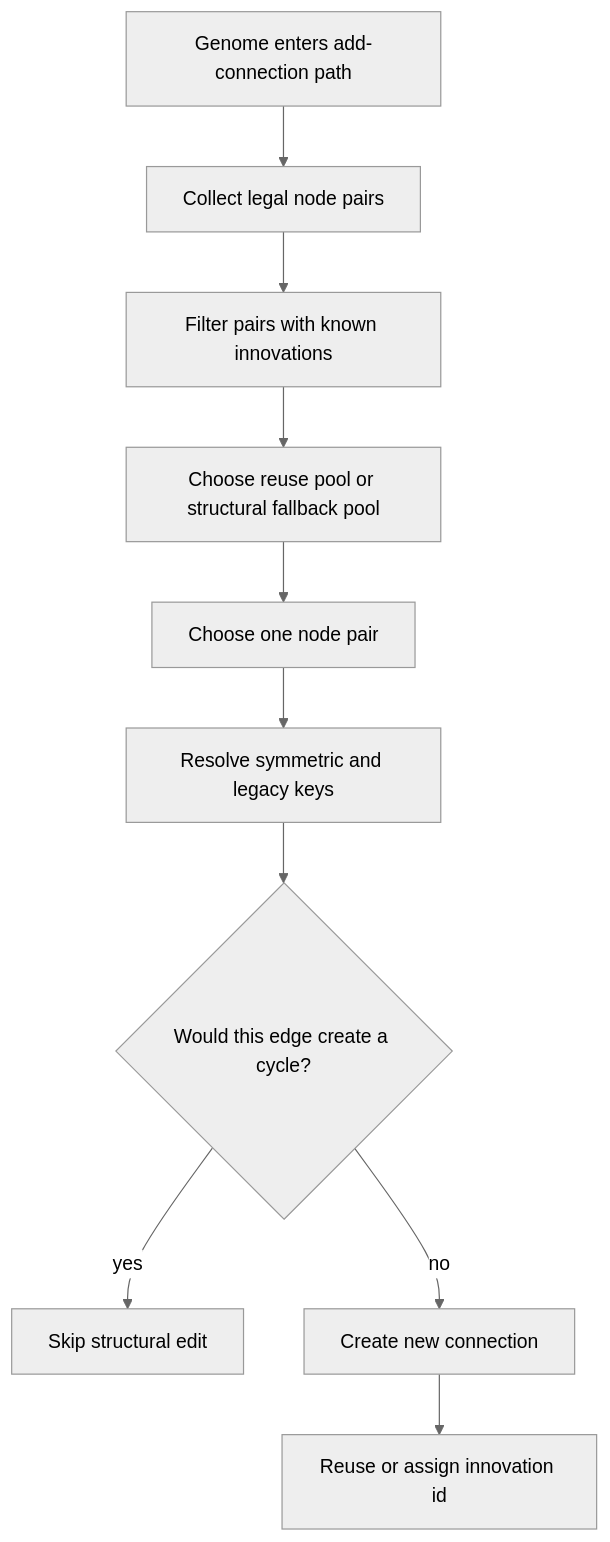
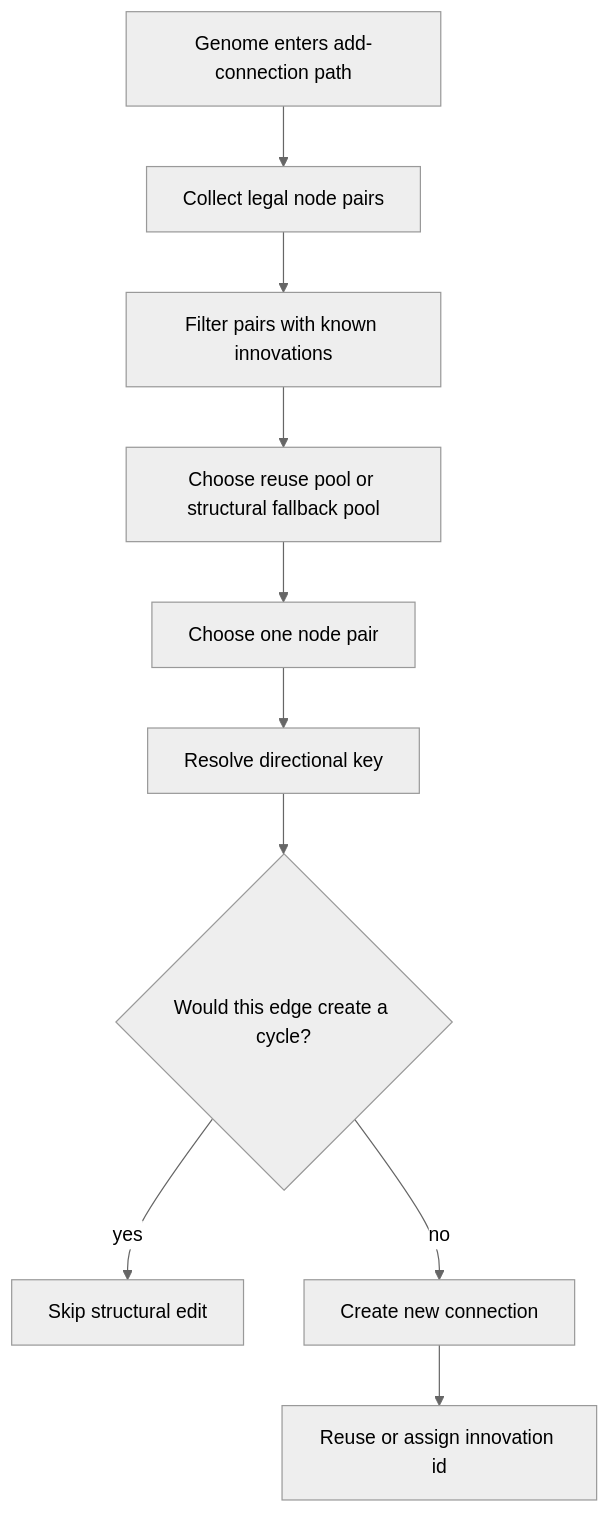
Before and after one commit to reicek/NeatapticTS: the diagram in src/neat/mutation/add-conn/README.md, drawn with Mermaid (neutral theme). The commit also changed other lines of this file and 877 other files, not shown here.

Commit message:
NEAT & Preconfigured Architectures MLP LSTM GRU NARX (#39)

````diff
--- a/src/neat/mutation/add-conn/README.md
+++ b/src/neat/mutation/add-conn/README.md
@@ -26,12 +26,12 @@
 ```mermaid
 flowchart TD
   Genome[Genome enters add-connection path] --> Candidates[Collect legal node pairs]
   Candidates --> Reuse[Filter pairs with known innovations]
   Reuse --> Pool[Choose reuse pool or structural fallback pool]
   Pool --> Pair[Choose one node pair]
-  Pair --> Keys[Resolve symmetric and legacy keys]
+  Pair --> Keys[Resolve directional key]
   Keys --> Cycle{Would this edge create a cycle?}
   Cycle -->|yes| Abort[Skip structural edit]
   Cycle -->|no| Connect[Create new connection]
   Connect --> Innovation[Reuse or assign innovation id]
 ```
````
